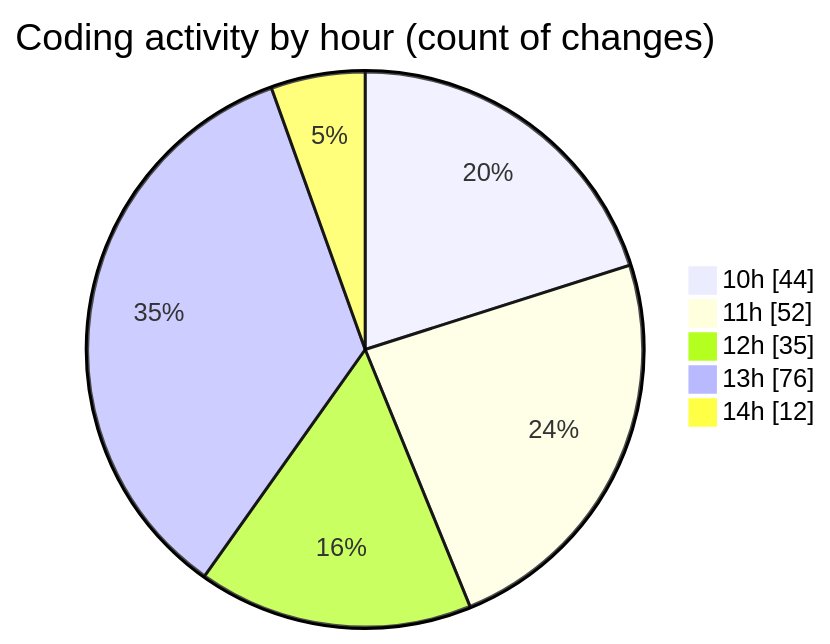
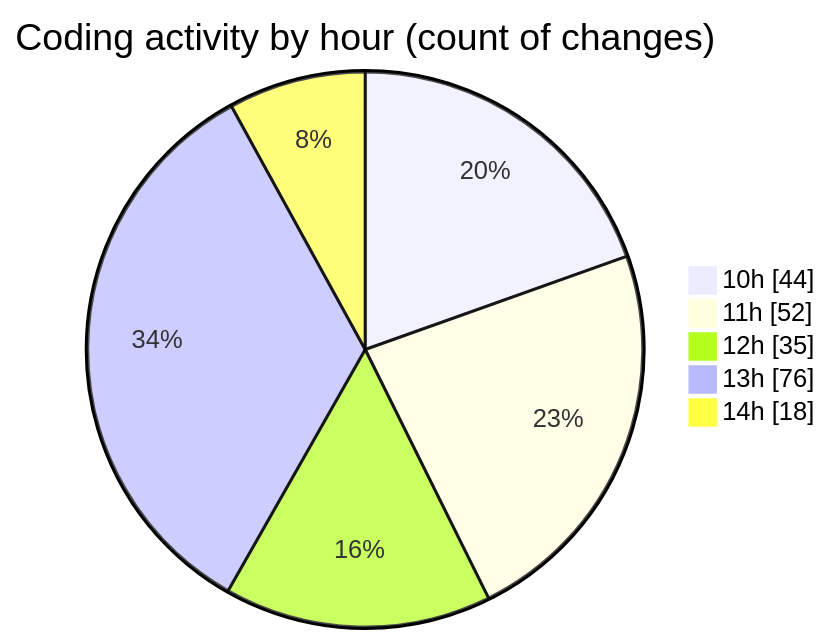
The second of 2 diagrams in 2025-08-28/cda/README.md (momahboobian/code-tracking), drawn with Mermaid before and after one commit. The commit also changed other lines of this file and 1 other file, not shown here.

````diff
--- a/2025-08-28/cda/README.md
+++ b/2025-08-28/cda/README.md
@@ -36,9 +36,9 @@
 ```mermaid
 pie showData
 title Coding activity by hour (count of changes)
 "10h" : 44
 "11h" : 52
 "12h" : 35
 "13h" : 76
-"14h" : 12
+"14h" : 18
 ```
````
